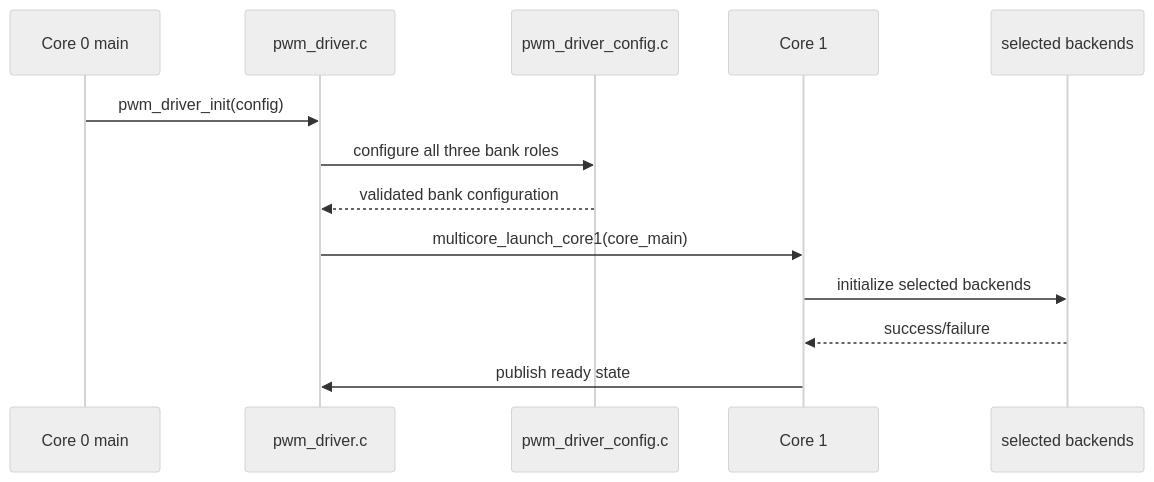
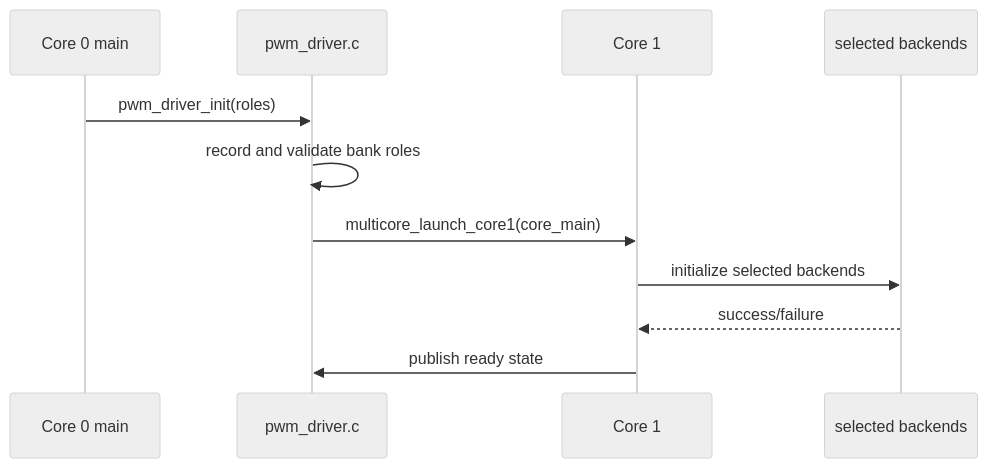
Before and after one commit to djwinter29-oss/PicoPWM: the fourth of 8 diagrams in docs/design/pwm_driver_design.md, drawn with Mermaid (neutral theme). The commit also changed other lines of this file and 40 other files, not shown here.

````diff
--- a/docs/design/pwm_driver_design.md
+++ b/docs/design/pwm_driver_design.md
@@ -305,16 +303,14 @@
 ```mermaid
 sequenceDiagram
     participant Main as Core 0 main
     participant WR as pwm_driver.c
-    participant CFG as pwm_driver_config.c
     participant C1 as Core 1
     participant BE as selected backends
 
-    Main->>WR: pwm_driver_init(config)
-    WR->>CFG: configure all three bank roles
-    CFG-->>WR: validated bank configuration
+    Main->>WR: pwm_driver_init(roles)
+    WR->>WR: record and validate bank roles
     WR->>C1: multicore_launch_core1(core_main)
     C1->>BE: initialize selected backends
     BE-->>C1: success/failure
     C1->>WR: publish ready state
 ```
````
